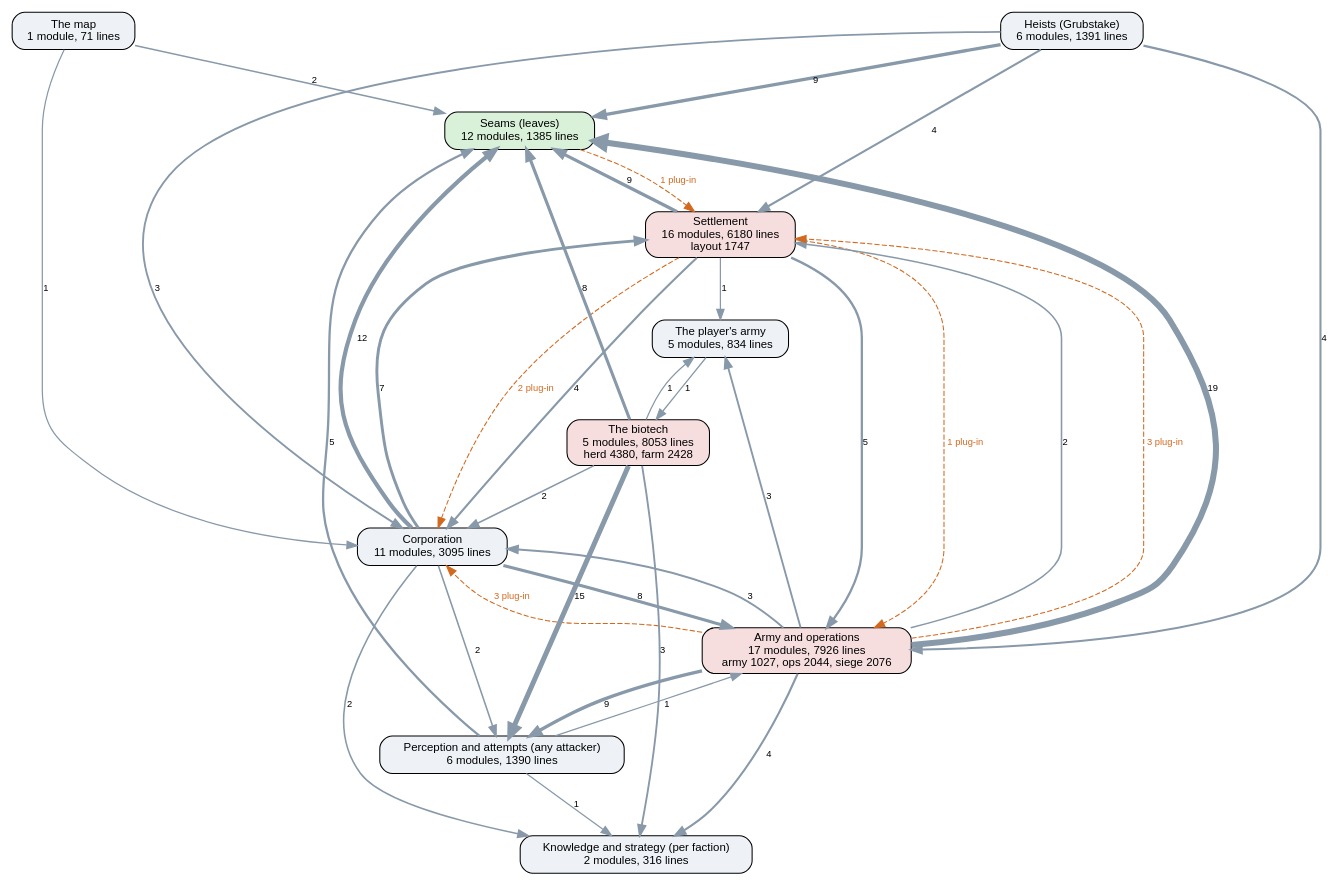
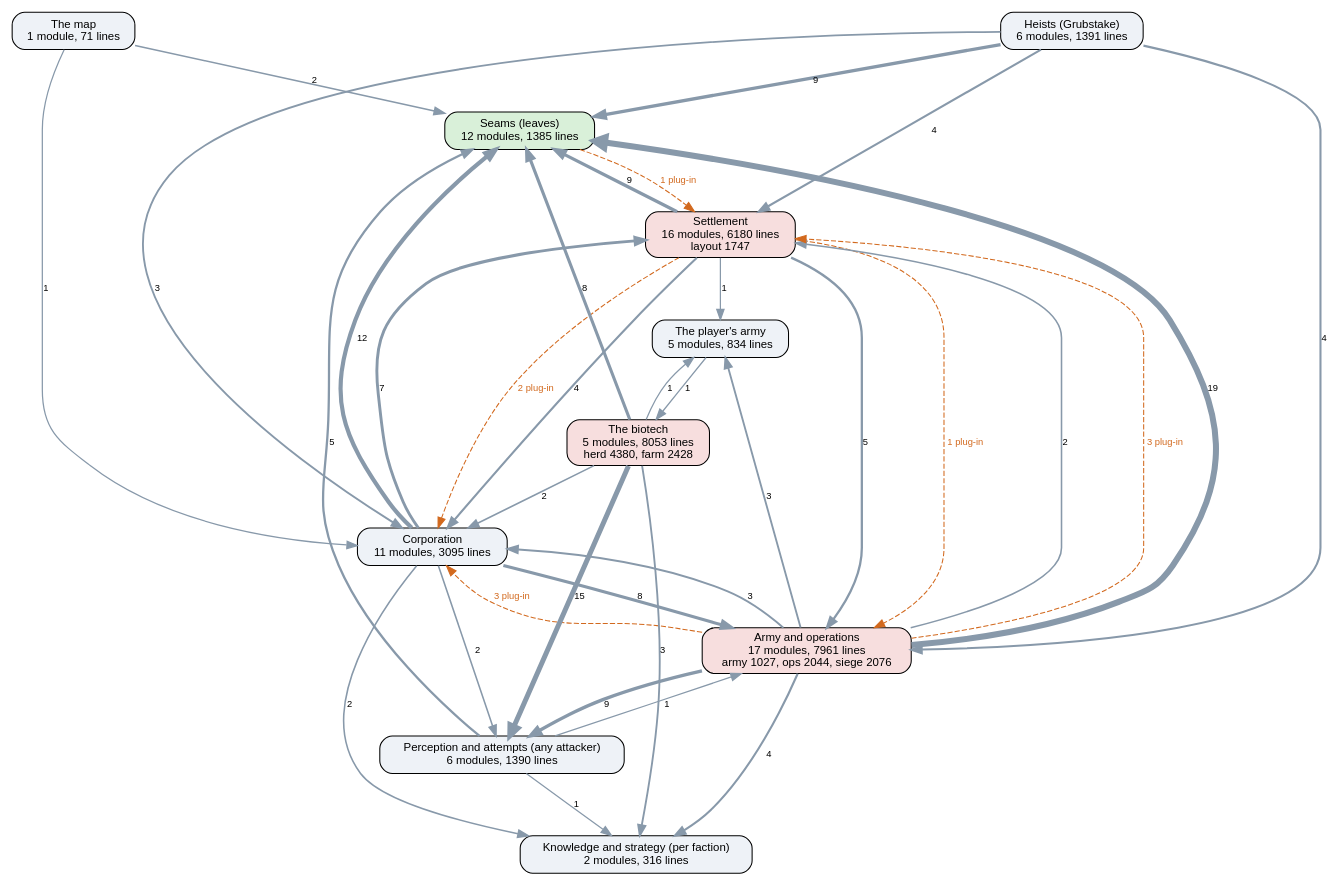
Before and after one commit to kinelhu/landing-party: the diagram in docs/ai-layers.dot, drawn with Graphviz. The commit also changed 13 other files, not shown here.

```diff
--- a/docs/ai-layers.dot
+++ b/docs/ai-layers.dot
@@ -1,50 +1,50 @@
 digraph layers {
   graph [rankdir=TB, fontname="Helvetica", nodesep=0.5, ranksep=0.7];
   node [shape=box, style="rounded,filled", fontname="Helvetica", fontsize=11, fillcolor="#eef2f7"];
   edge [color="#8899aa", fontname="Helvetica", fontsize=9];
   "Seams (leaves)" [label="Seams (leaves)\n12 modules, 1385 lines", fillcolor="#d9f0d9"];
   "Perception and attempts (any attacker)" [label="Perception and attempts (any attacker)\n6 modules, 1390 lines", fillcolor="#eef2f7"];
   "Knowledge and strategy (per faction)" [label="Knowledge and strategy (per faction)\n2 modules, 316 lines", fillcolor="#eef2f7"];
   "Corporation" [label="Corporation\n11 modules, 3095 lines", fillcolor="#eef2f7"];
   "Settlement" [label="Settlement\n16 modules, 6180 lines\nlayout 1747", fillcolor="#f7dede"];
-  "Army and operations" [label="Army and operations\n17 modules, 7926 lines\narmy 1027, ops 2044, siege 2076", fillcolor="#f7dede"];
+  "Army and operations" [label="Army and operations\n17 modules, 7961 lines\narmy 1027, ops 2044, siege 2076", fillcolor="#f7dede"];
   "Heists (Grubstake)" [label="Heists (Grubstake)\n6 modules, 1391 lines", fillcolor="#eef2f7"];
   "The biotech" [label="The biotech\n5 modules, 8053 lines\nherd 4380, farm 2428", fillcolor="#f7dede"];
   "The map" [label="The map\n1 module, 71 lines", fillcolor="#eef2f7"];
   "The player's army" [label="The player's army\n5 modules, 834 lines", fillcolor="#eef2f7"];
   "Army and operations" -> "Corporation" [label="3", penwidth=1.8];
   "Army and operations" -> "Knowledge and strategy (per faction)" [label="4", penwidth=2.0];
   "Army and operations" -> "Perception and attempts (any attacker)" [label="9", penwidth=3.2];
   "Army and operations" -> "Seams (leaves)" [label="19", penwidth=5.8];
   "Army and operations" -> "Settlement" [label="2", penwidth=1.5];
   "Army and operations" -> "The player's army" [label="3", penwidth=1.8];
   "Corporation" -> "Army and operations" [label="8", penwidth=3.0];
   "Corporation" -> "Knowledge and strategy (per faction)" [label="2", penwidth=1.5];
   "Corporation" -> "Perception and attempts (any attacker)" [label="2", penwidth=1.5];
   "Corporation" -> "Seams (leaves)" [label="12", penwidth=4.0];
   "Corporation" -> "Settlement" [label="7", penwidth=2.8];
   "Heists (Grubstake)" -> "Army and operations" [label="4", penwidth=2.0];
   "Heists (Grubstake)" -> "Corporation" [label="3", penwidth=1.8];
   "Heists (Grubstake)" -> "Seams (leaves)" [label="9", penwidth=3.2];
   "Heists (Grubstake)" -> "Settlement" [label="4", penwidth=2.0];
   "Perception and attempts (any attacker)" -> "Army and operations" [label="1", penwidth=1.2];
   "Perception and attempts (any attacker)" -> "Knowledge and strategy (per faction)" [label="1", penwidth=1.2];
   "Perception and attempts (any attacker)" -> "Seams (leaves)" [label="5", penwidth=2.2];
   "Settlement" -> "Army and operations" [label="5", penwidth=2.2];
   "Settlement" -> "Corporation" [label="4", penwidth=2.0];
   "Settlement" -> "Seams (leaves)" [label="9", penwidth=3.2];
   "Settlement" -> "The player's army" [label="1", penwidth=1.2];
   "The biotech" -> "Corporation" [label="2", penwidth=1.5];
   "The biotech" -> "Knowledge and strategy (per faction)" [label="3", penwidth=1.8];
   "The biotech" -> "Perception and attempts (any attacker)" [label="15", penwidth=4.8];
   "The biotech" -> "Seams (leaves)" [label="8", penwidth=3.0];
   "The biotech" -> "The player's army" [label="1", penwidth=1.2];
   "The map" -> "Corporation" [label="1", penwidth=1.2];
   "The map" -> "Seams (leaves)" [label="2", penwidth=1.5];
   "The player's army" -> "The biotech" [label="1", penwidth=1.2];
   "Army and operations" -> "Corporation" [style=dashed, color="#d2691e", fontcolor="#d2691e", label="3 plug-in"];
   "Army and operations" -> "Settlement" [style=dashed, color="#d2691e", fontcolor="#d2691e", label="3 plug-in"];
   "Seams (leaves)" -> "Settlement" [style=dashed, color="#d2691e", fontcolor="#d2691e", label="1 plug-in"];
   "Settlement" -> "Army and operations" [style=dashed, color="#d2691e", fontcolor="#d2691e", label="1 plug-in"];
   "Settlement" -> "Corporation" [style=dashed, color="#d2691e", fontcolor="#d2691e", label="2 plug-in"];
 }
```
